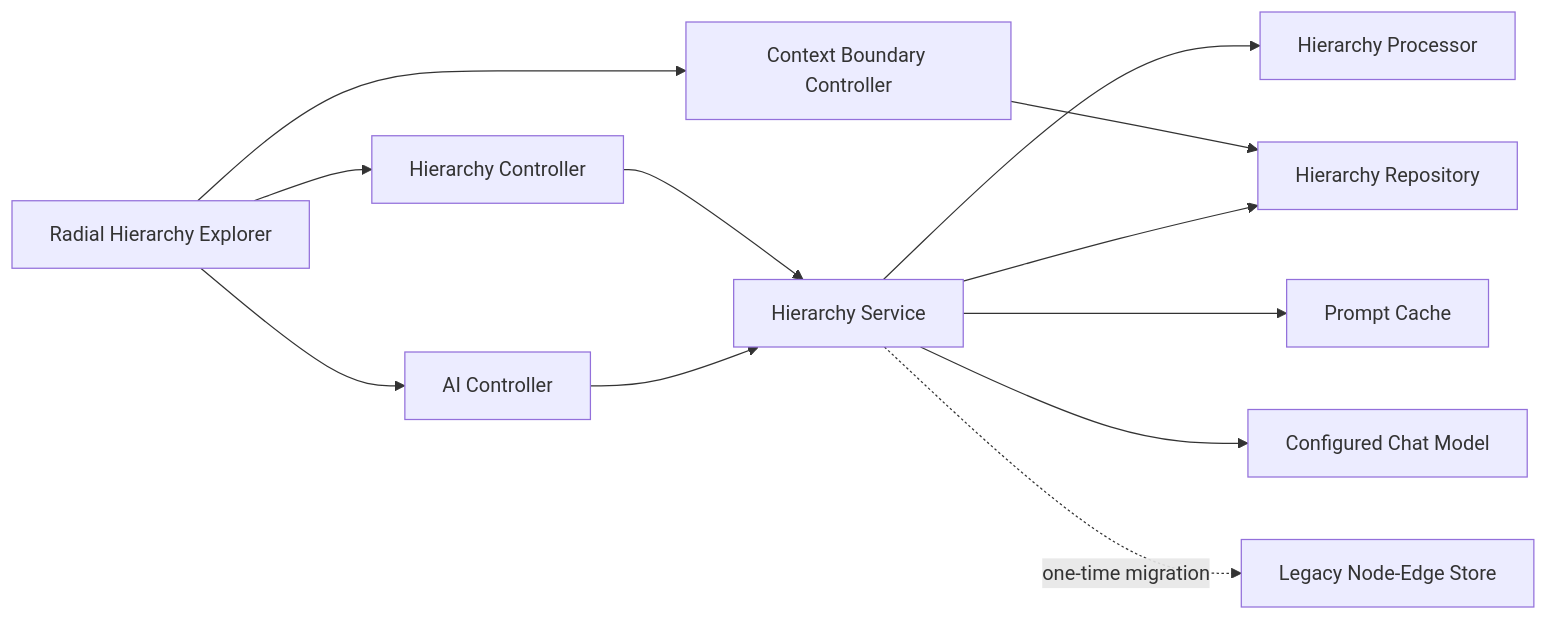
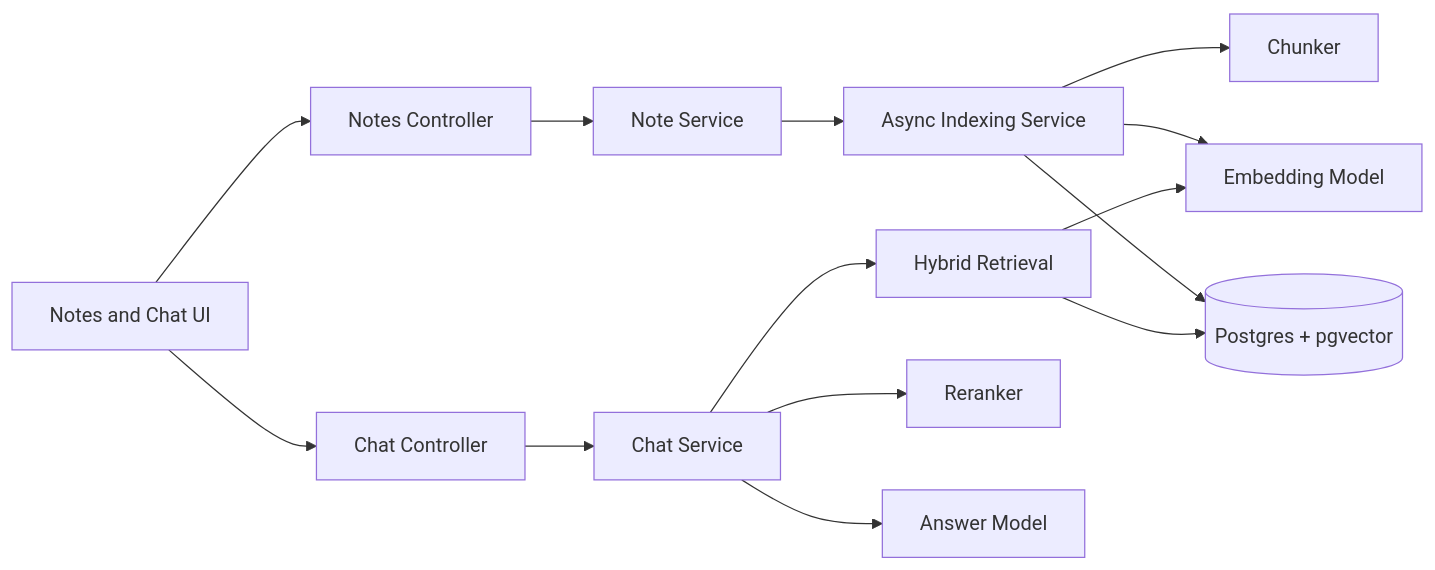
One commit to kuchuk-borom-debbarma/Knodeledge changed the diagram in knodeledge-spring/docs/1.system_overview.md. Above: the diagram before and after it, drawn with Mermaid. The commit also changed other lines of this file and 150 other files, not shown here.

````diff
--- a/knodeledge-spring/docs/1.system_overview.md
+++ b/knodeledge-spring/docs/1.system_overview.md
@@ -18,14 +14,16 @@
 ```mermaid
 flowchart LR
-    UI[Radial Hierarchy Explorer] --> HC[Hierarchy Controller]
-    UI --> AI[AI Controller]
-    UI --> BC[Context Boundary Controller]
-    HC --> HS[Hierarchy Service]
-    AI --> HS
-    BC --> HR[Hierarchy Repository]
-    HS --> HP[Hierarchy Processor]
-    HS --> HR
-    HS --> PC[Prompt Cache]
-    HS --> LLM[Configured Chat Model]
-    HS -. one-time migration .-> LEGACY[Legacy Node-Edge Store]
+    UI[Notes and Chat UI] --> NC[Notes Controller]
+    UI --> CC[Chat Controller]
+    NC --> NS[Note Service]
+    NS --> IDX[Async Indexing Service]
+    IDX --> CH[Chunker]
+    IDX --> EMB[Embedding Model]
+    IDX --> DB[(Postgres + pgvector)]
+    CC --> CHAT[Chat Service]
+    CHAT --> RET[Hybrid Retrieval]
+    RET --> DB
+    RET --> EMB
+    CHAT --> RR[Reranker]
+    CHAT --> ANS[Answer Model]
 ```
````
